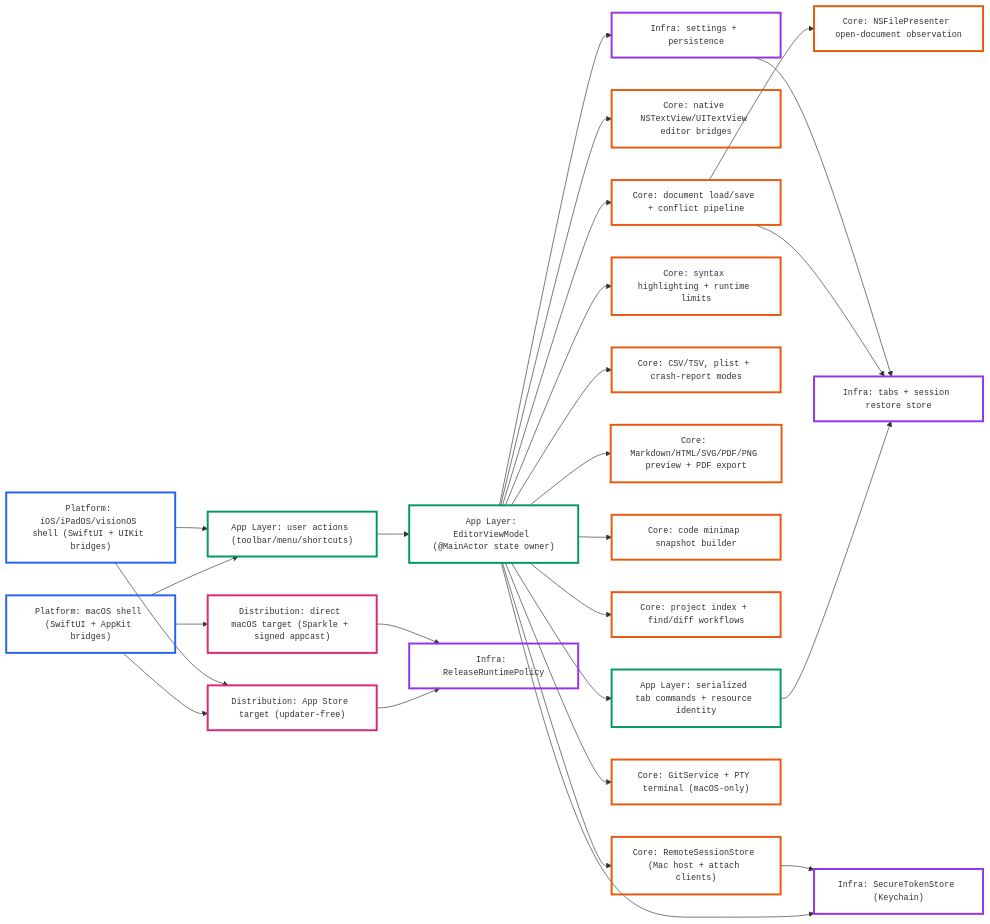
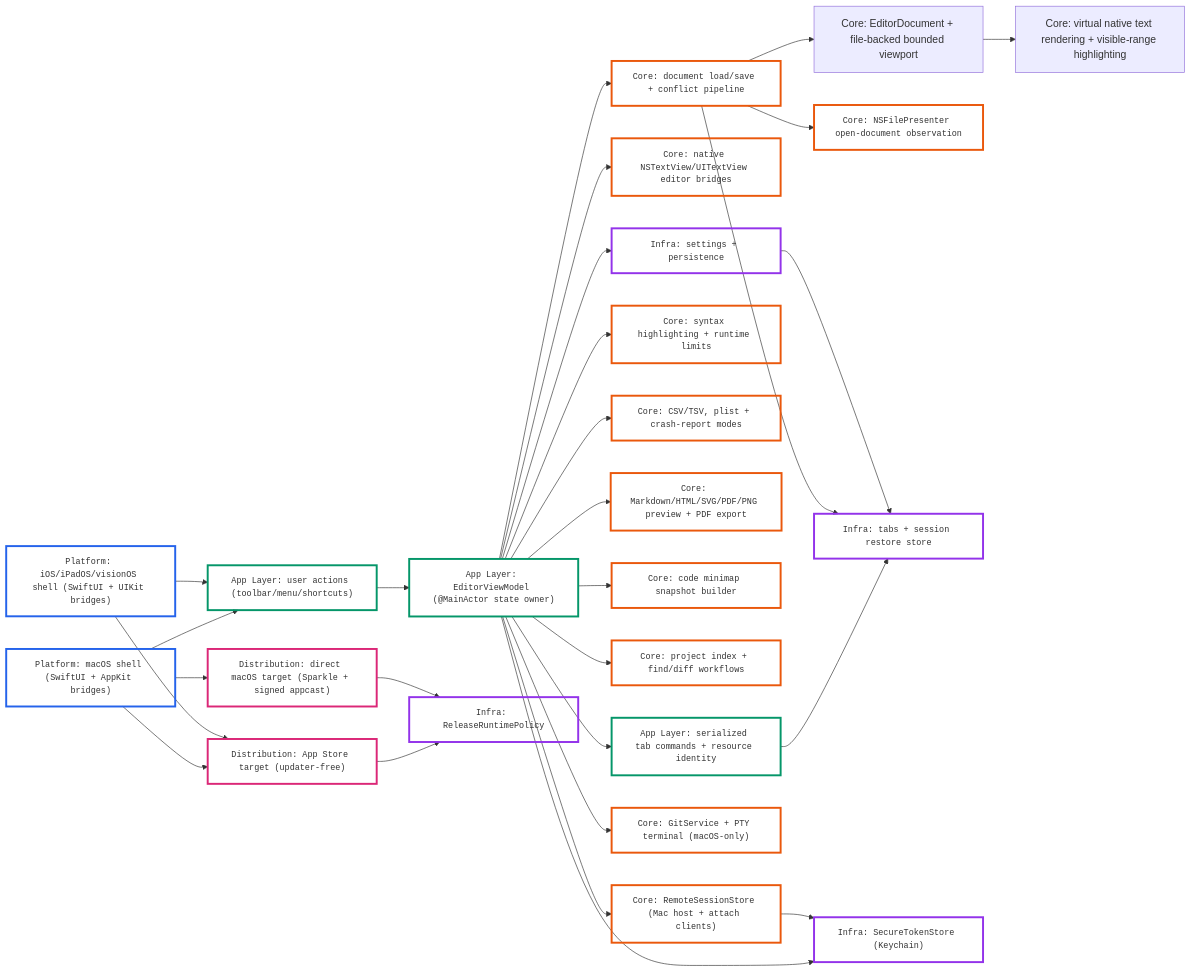
One commit to h3pdesign/Neon-Vision-Editor changed the first of 2 diagrams in README.md. Above: the diagram before and after it, drawn with Mermaid. The commit also changed other lines of this file and 4 other files, not shown here.

Commit message:
docs: document virtual text rendering architecture

````diff
--- a/README.md
+++ b/README.md
@@ -415,62 +416,66 @@
 ```mermaid
 flowchart LR
   Mac["Platform: macOS shell (SwiftUI + AppKit bridges)"]
   Touch["Platform: iOS/iPadOS/visionOS shell (SwiftUI + UIKit bridges)"]
   ACT["App Layer: user actions (toolbar/menu/shortcuts)"]
   VM["App Layer: EditorViewModel (@MainActor state owner)"]
   CMD["App Layer: serialized tab commands + resource identity"]
   TEXT["Core: native NSTextView/UITextView editor bridges"]
   DOC["Core: document load/save + conflict pipeline"]
+  FBD["Core: EditorDocument + file-backed bounded viewport"]
+  VTR["Core: virtual native text rendering + visible-range highlighting"]
   OBS["Core: NSFilePresenter open-document observation"]
   HL["Core: syntax highlighting + runtime limits"]
   STRUCT["Core: CSV/TSV, plist + crash-report modes"]
   PREV["Core: Markdown/HTML/SVG/PDF/PNG preview + PDF export"]
   MINI["Core: code minimap snapshot builder"]
   NAV["Core: project index + find/diff workflows"]
   REMOTE["Core: RemoteSessionStore (Mac host + attach clients)"]
   DESKTOP["Core: GitService + PTY terminal (macOS-only)"]
   STORE["Infra: tabs + session restore store"]
   PREFS["Infra: settings + persistence"]
   SEC["Infra: SecureTokenStore (Keychain)"]
   POLICY["Infra: ReleaseRuntimePolicy"]
   MAS["Distribution: App Store target (updater-free)"]
   DIRECT["Distribution: direct macOS target (Sparkle + signed appcast)"]
 
   Mac --> ACT
   Touch --> ACT
   ACT --> VM
   VM --> CMD
   CMD --> STORE
   VM --> TEXT
   VM --> DOC
+  DOC --> FBD
+  FBD --> VTR
   DOC --> OBS
   DOC --> STORE
   VM --> HL
   VM --> STRUCT
   VM --> PREV
   VM --> MINI
   VM --> NAV
   VM --> REMOTE
   VM --> DESKTOP
   VM --> PREFS
   PREFS --> STORE
   VM --> SEC
   REMOTE --> SEC
   Mac --> MAS
   Mac --> DIRECT
   Touch --> MAS
   MAS --> POLICY
   DIRECT --> POLICY
 
   classDef platform stroke:#2563EB,stroke-width:3px,fill:transparent,font-family:ui-monospace\, SFMono-Regular\, Menlo\, Monaco\, Consolas\, Liberation Mono\, monospace,font-size:13px;
   classDef app stroke:#059669,stroke-width:3px,fill:transparent,font-family:ui-monospace\, SFMono-Regular\, Menlo\, Monaco\, Consolas\, Liberation Mono\, monospace,font-size:13px;
   classDef core stroke:#EA580C,stroke-width:3px,fill:transparent,font-family:ui-monospace\, SFMono-Regular\, Menlo\, Monaco\, Consolas\, Liberation Mono\, monospace,font-size:13px;
   classDef infra stroke:#9333EA,stroke-width:3px,fill:transparent,font-family:ui-monospace\, SFMono-Regular\, Menlo\, Monaco\, Consolas\, Liberation Mono\, monospace,font-size:13px;
   classDef distribution stroke:#DB2777,stroke-width:3px,fill:transparent,font-family:ui-monospace\, SFMono-Regular\, Menlo\, Monaco\, Consolas\, Liberation Mono\, monospace,font-size:13px;
 
   class Mac,Touch platform;
   class ACT,VM,CMD app;
   class TEXT,DOC,OBS,HL,STRUCT,PREV,MINI,NAV,REMOTE,DESKTOP core;
   class STORE,PREFS,SEC,POLICY infra;
   class MAS,DIRECT distribution;
 ```
````
